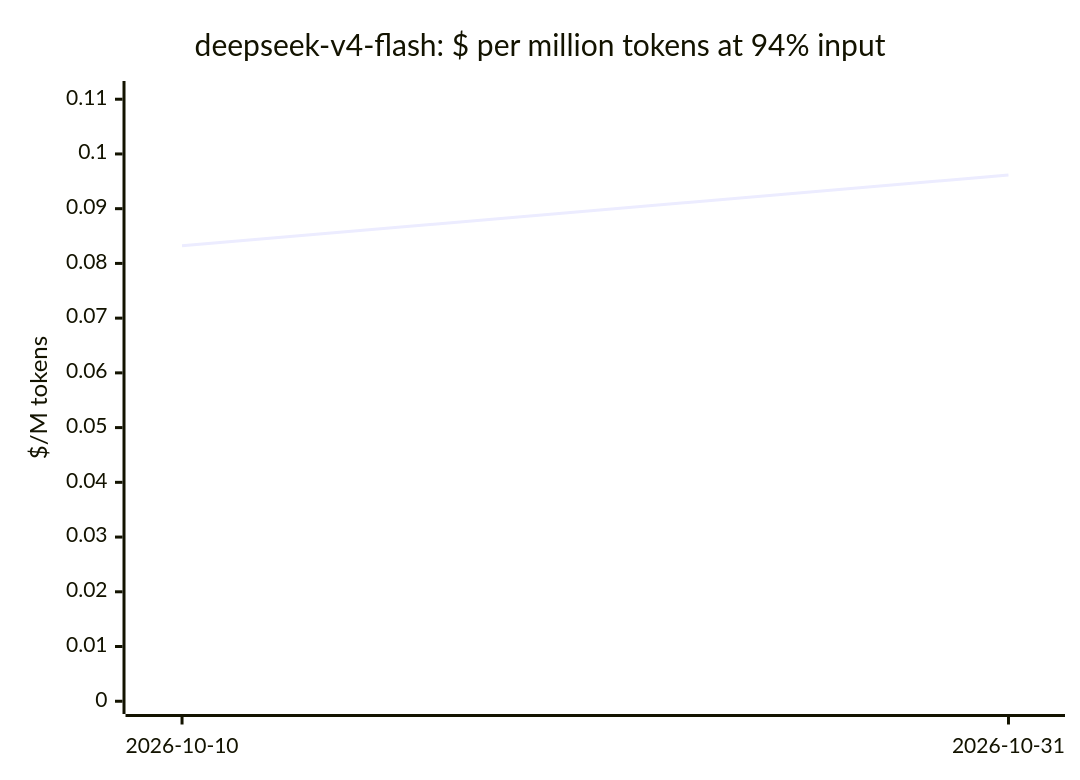
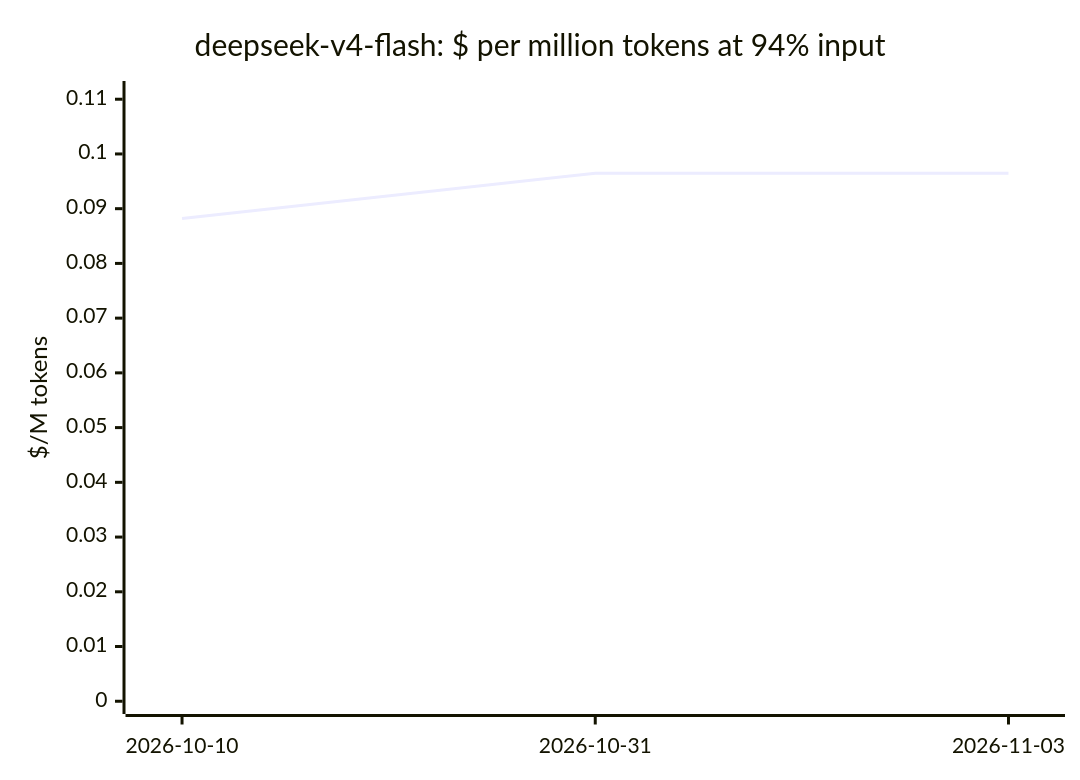
The ninth of 20 diagrams in docs/openrouter-models.md (cklukas/OMEGA_TRANSFORM), drawn with Mermaid before and after one commit. The commit also changed other lines of this file and 469 other files, not shown here.

````diff
--- a/docs/openrouter-models.md
+++ b/docs/openrouter-models.md
@@ -205,7 +210,7 @@
 ```mermaid
 xychart-beta
     title "deepseek-v4-flash: $ per million tokens at 94% input"
-    x-axis ["2026-10-10", "2026-10-31"]
+    x-axis ["2026-10-10", "2026-10-31", "2026-11-03"]
     y-axis "$/M tokens" 0 --> 0.111
-    line [0.08324, 0.09614]
+    line [0.08819, 0.09649, 0.09649]
 ```
````
